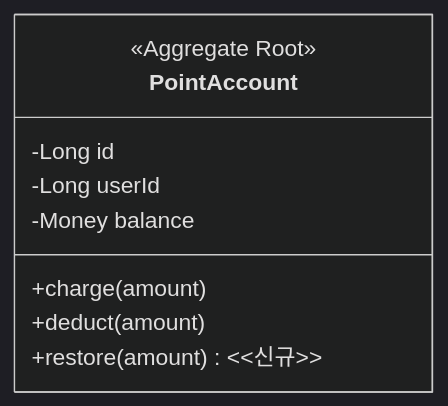
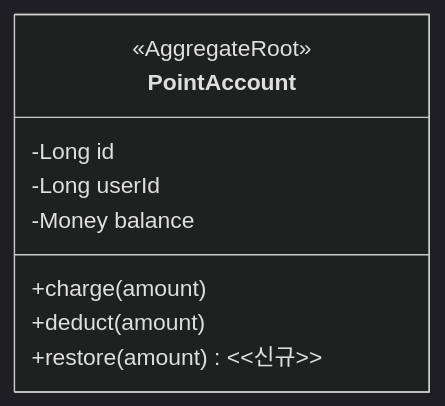
Before and after one commit to Loopers-dev-lab/loopers-spring-kotlin-template: the fifth of 7 diagrams in docs/week6/도메인_모델링_문서_PG연동.md, drawn with Mermaid (dark theme). The commit also changed other lines of this file and 1 other file, not shown here.

````diff
--- a/docs/week6/도메인_모델링_문서_PG연동.md
+++ b/docs/week6/도메인_모델링_문서_PG연동.md
@@ -313,12 +343,12 @@
 ```mermaid
 classDiagram
     class PointAccount {
-        <<Aggregate Root>>
-        -Long id
-        -Long userId
-        -Money balance
-        +charge(amount)
-        +deduct(amount)
-        +restore(amount) <<신규>>
-    }
+<<AggregateRoot>>
+-Long id
+-Long userId
+-Money balance
++charge(amount)
++deduct(amount)
++restore(amount) <<신규>>
+}
 ```
````
